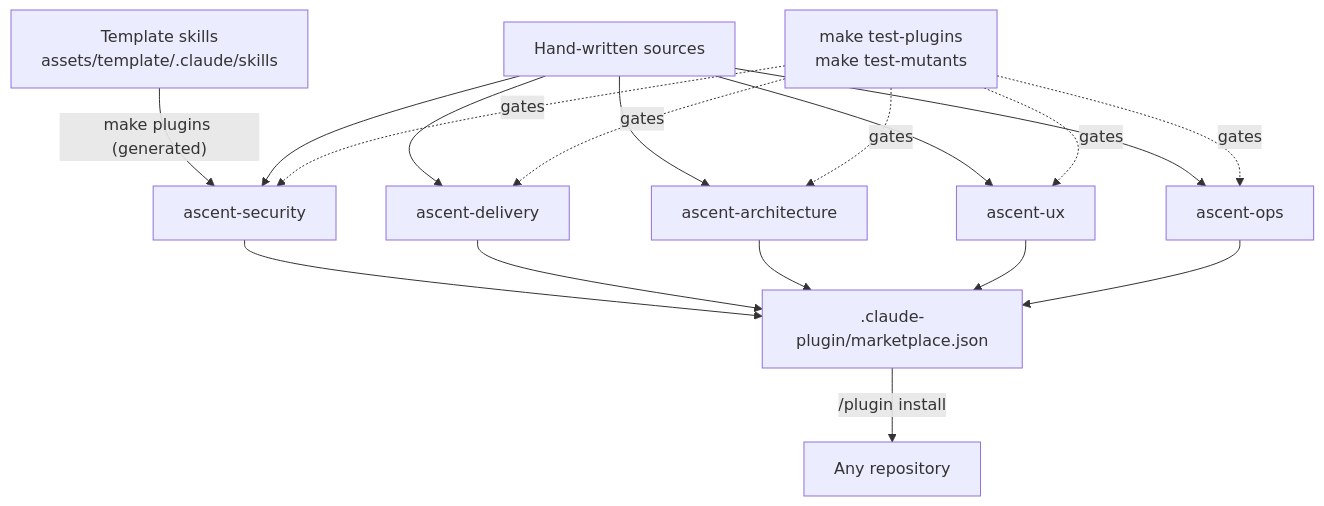
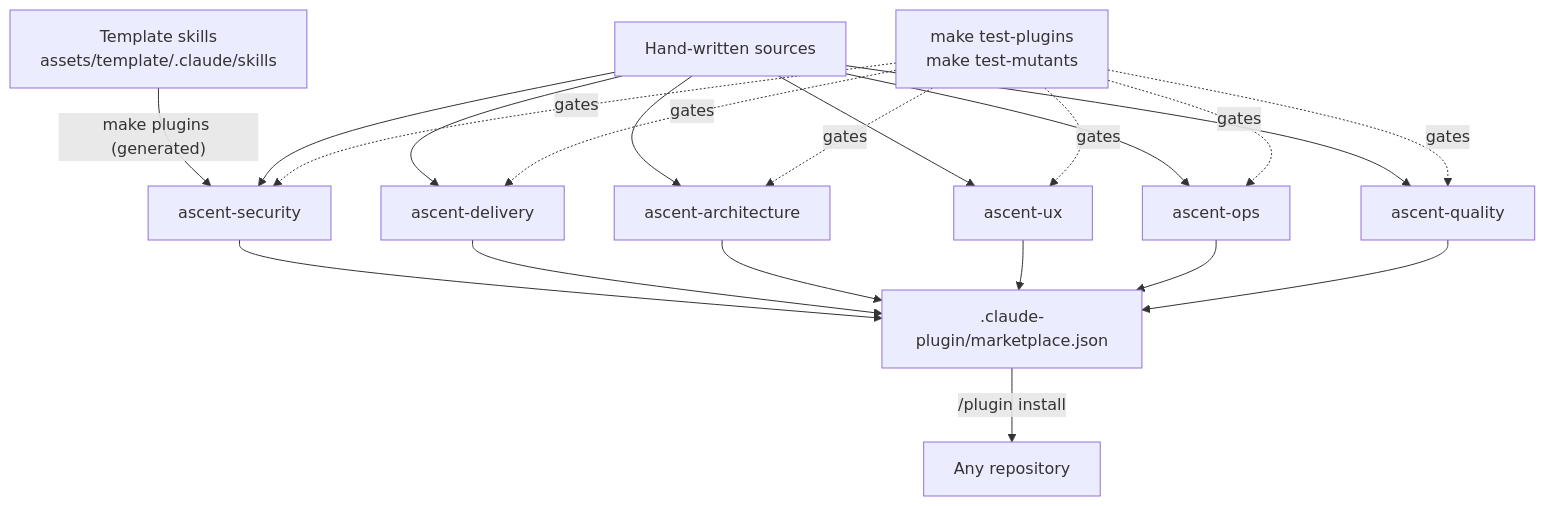
The diagram in docs/framework/ARCHITECTURE.md (lloydbrian/lloydbriantech-ascent), drawn with Mermaid before and after one commit. The commit also changed other lines of this file and 54 other files, not shown here.

First line of the commit message:
feat(tools): v0.4.11 — ascent-quality 0.1.0, test strategy (#65)

````diff
--- a/docs/framework/ARCHITECTURE.md
+++ b/docs/framework/ARCHITECTURE.md
@@ -152,12 +152,13 @@
 ```mermaid
 flowchart TB
     T["Template skills<br/>assets/template/.claude/skills"] -->|"make plugins (generated)"| SEC["ascent-security"]
     H["Hand-written sources"] --> SEC
     H --> DEL["ascent-delivery"]
     H --> ARC["ascent-architecture"]
     H --> UX["ascent-ux"]
     H --> OPS["ascent-ops"]
-    SEC & DEL & ARC & UX & OPS --> M[".claude-plugin/marketplace.json"]
+    H --> QA["ascent-quality"]
+    SEC & DEL & ARC & UX & OPS & QA --> M[".claude-plugin/marketplace.json"]
     M -->|"/plugin install"| R["Any repository"]
-    G["make test-plugins<br/>make test-mutants"] -. gates .-> SEC & DEL & ARC & UX & OPS
+    G["make test-plugins<br/>make test-mutants"] -. gates .-> SEC & DEL & ARC & UX & OPS & QA
 ```
````
